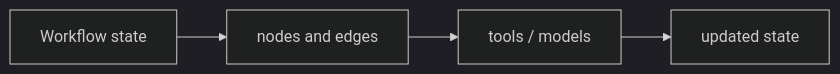
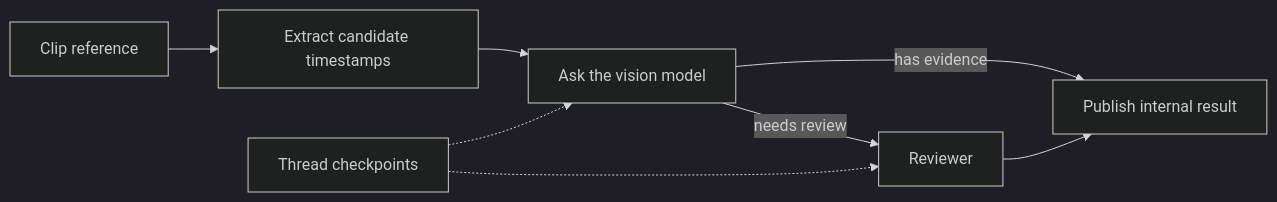
The diagram in docs/en/langgraph.md (james-joobs/awesome-nvidia-physical-ai), drawn with Mermaid (dark theme) before and after one commit. The commit also changed other lines of this file and 187 other files, not shown here.

Commit message:
Expand bilingual guides with official architecture references

````diff
--- a/docs/en/langgraph.md
+++ b/docs/en/langgraph.md
@@ -11,4 +11,10 @@
 ```mermaid
 flowchart LR
-    A["Workflow state"] --> B["nodes and edges"] --> C["tools / models"] --> D["updated state"]
+    R["Clip reference"] --> A["Extract candidate timestamps"]
+    A --> B["Ask the vision model"]
+    B -->|needs review| C["Reviewer"]
+    B -->|has evidence| D["Publish internal result"]
+    C --> D
+    P["Thread checkpoints"] -.-> B
+    P -.-> C
 ```
````
